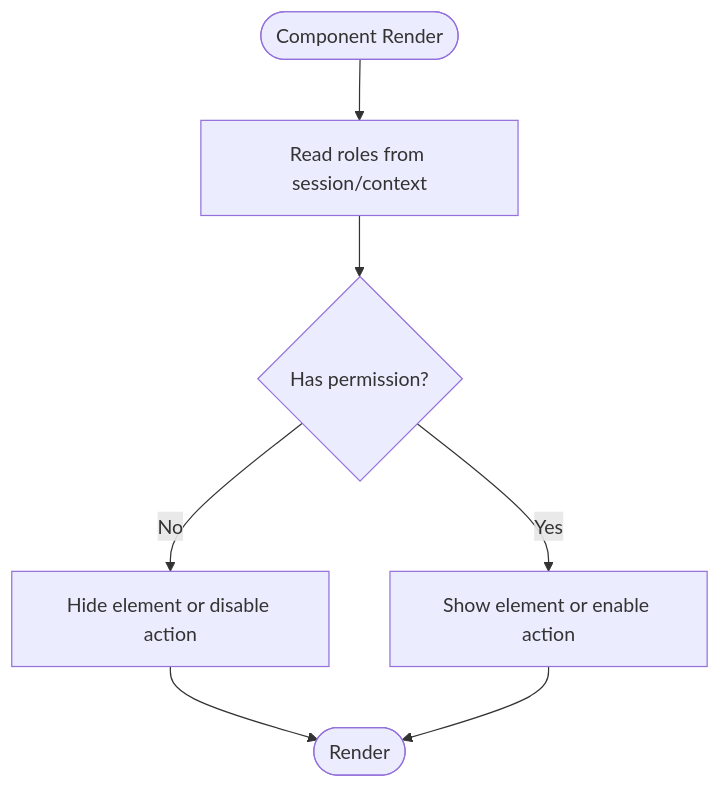
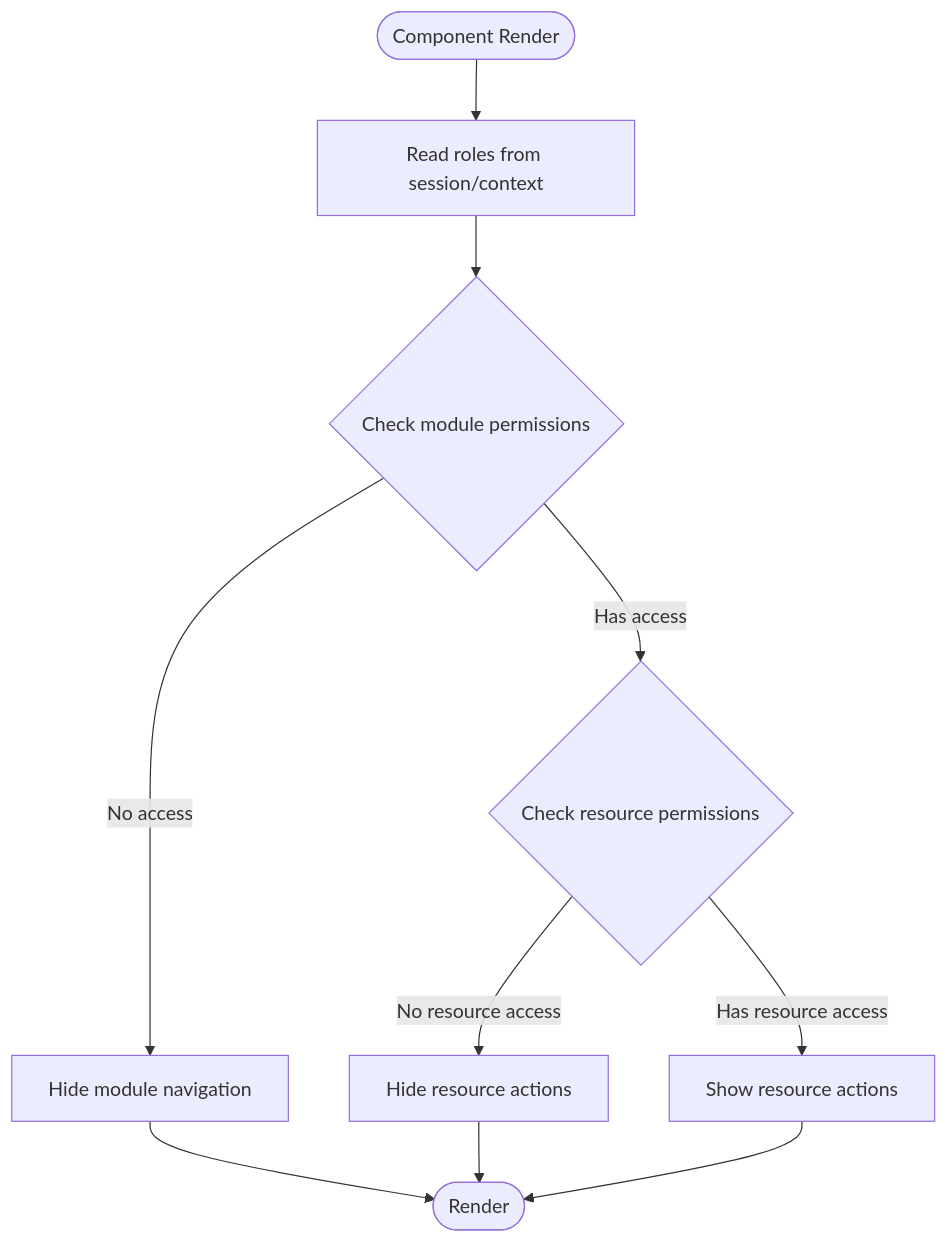
Before and after one commit to ngothanhtung/claude-code-shadcn-dashboard: the seventh of 8 diagrams in .qoder/repowiki/en/content/Authentication & Authorization/Role-Based Access Control/Role-Based Access Control.md, drawn with Mermaid. The commit also changed other lines of this file and 165 other files, not shown here.

````diff
--- a/.qoder/repowiki/en/content/Authentication & Authorization/Role-Based Access Control/Role-Based Access Control.md
+++ b/.qoder/repowiki/en/content/Authentication & Authorization/Role-Based Access Control/Role-Based Access Control.md
@@ -375,9 +481,12 @@
 ```mermaid
 flowchart TD
 Entry(["Component Render"]) --> GetRoles["Read roles from session/context"]
-GetRoles --> CheckPerm{"Has permission?"}
-CheckPerm --> |No| Hide["Hide element or disable action"]
-CheckPerm --> |Yes| Show["Show element or enable action"]
-Hide --> Exit(["Render"])
-Show --> Exit
+GetRoles --> CheckModulePerm{"Check module permissions"}
+CheckModulePerm --> |No access| HideModule["Hide module navigation"]
+CheckModulePerm --> |Has access| CheckResourcePerm{"Check resource permissions"}
+CheckResourcePerm --> |No resource access| HideActions["Hide resource actions"]
+CheckResourcePerm --> |Has resource access| ShowActions["Show resource actions"]
+HideModule --> Exit(["Render"])
+HideActions --> Exit
+ShowActions --> Exit
 ```
````
